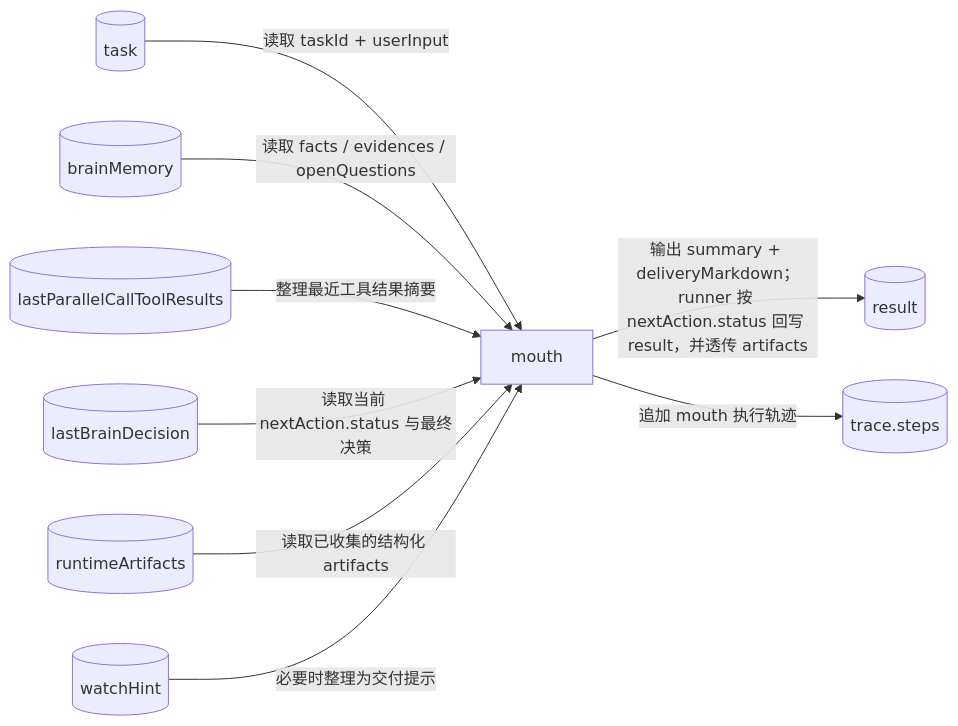
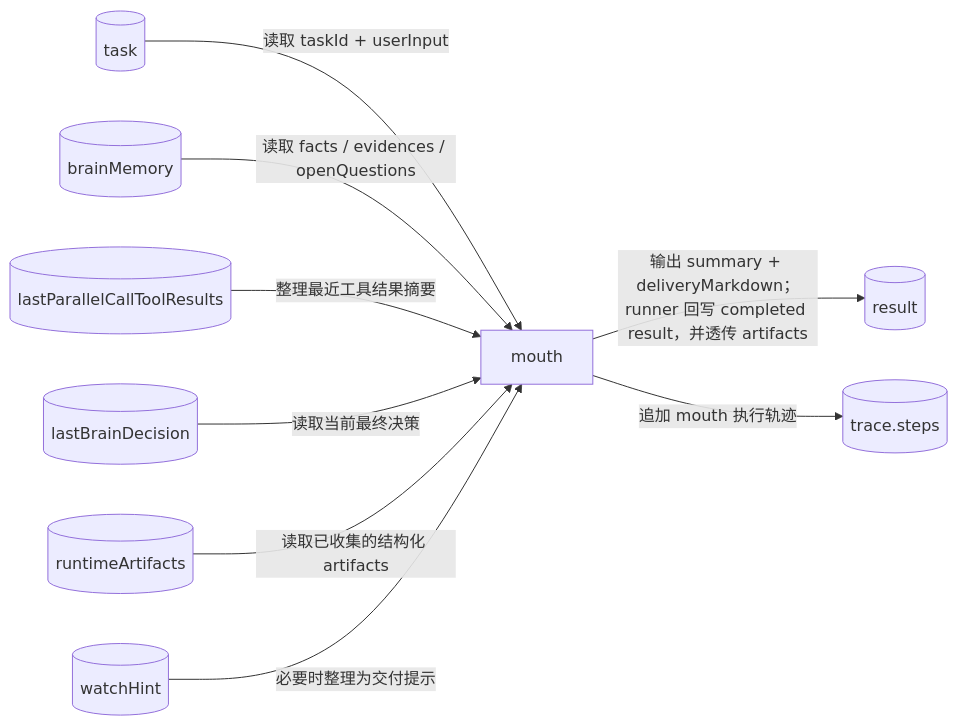
One commit to Yoan98/Ncurator changed the seventh of 7 diagrams in doc/ai-design/data-definition-and-flow.md. Above: the diagram before and after it, drawn with Mermaid. The commit also changed other lines of this file and 29 other files, not shown here.

Commit message:
Refine human handoff delivery and context evidence flow

````diff
--- a/doc/ai-design/data-definition-and-flow.md
+++ b/doc/ai-design/data-definition-and-flow.md
@@ -523,21 +520,21 @@
 ```mermaid
 flowchart LR
     T[("task")]
     BM[("brainMemory")]
     LTR[("lastParallelCallToolResults")]
     LBD[("lastBrainDecision")]
     A[("runtimeArtifacts")]
     WH[("watchHint")]
     M["mouth"]
     R[("result")]
     TR[("trace.steps")]
 
     T -->|读取 taskId + userInput| M
     BM -->|读取 facts / evidences / openQuestions| M
     LTR -->|整理最近工具结果摘要| M
-    LBD -->|读取当前 nextAction.status 与最终决策| M
+    LBD -->|读取当前最终决策| M
     A -->|读取已收集的结构化 artifacts| M
     WH -->|必要时整理为交付提示| M
-    M -->|输出 summary + deliveryMarkdown；runner 按 nextAction.status 回写 result，并透传 artifacts| R
+    M -->|输出 summary + deliveryMarkdown；runner 回写 completed result，并透传 artifacts| R
     M -->|追加 mouth 执行轨迹| TR
 ```
````
